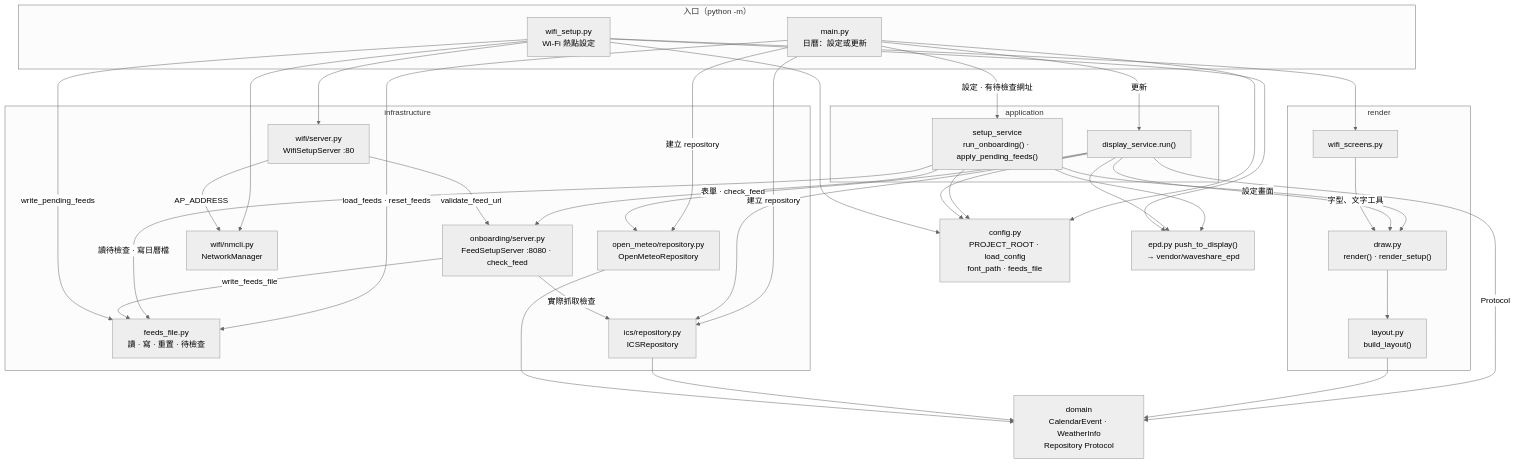
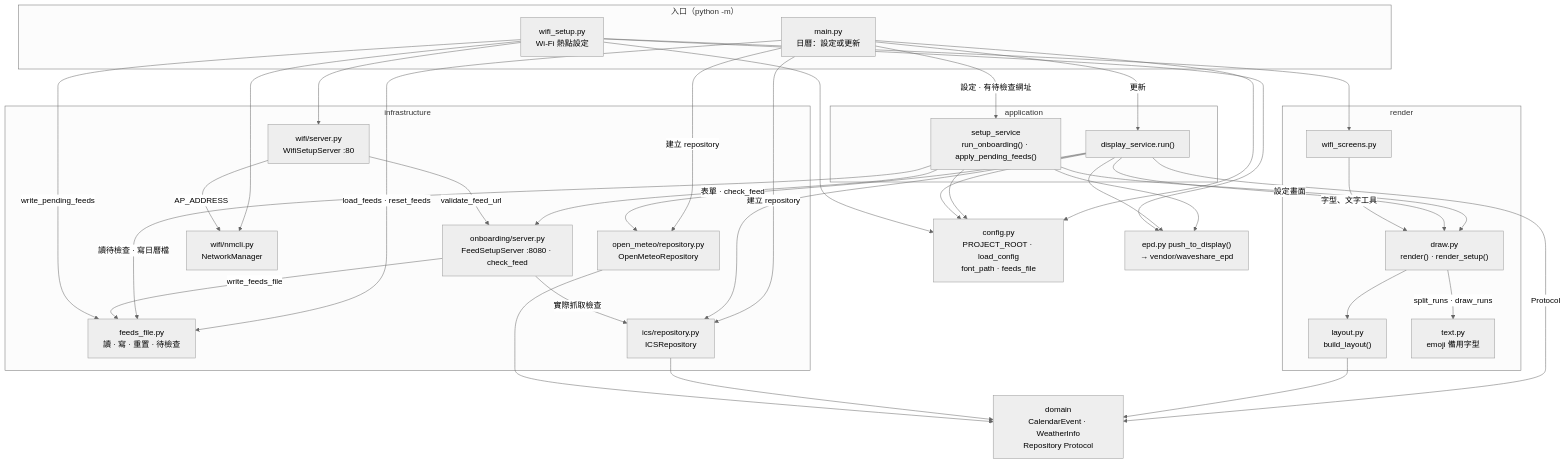
Before and after one commit to ShengKai234/google-calendar-api: the first of 6 diagrams in docs/ARCHITECTURE.zh-TW.md, drawn with Mermaid (neutral theme). The commit also changed 8 other files, not shown here.

First line of the commit message:
fix(render): draw emoji with Noto Emoji instead of tofu boxes

````diff
--- a/docs/ARCHITECTURE.zh-TW.md
+++ b/docs/ARCHITECTURE.zh-TW.md
@@ -13,60 +13,62 @@
 ```mermaid
 flowchart TB
   subgraph ENTRY["入口（python -m）"]
     MAIN["main.py<br/>日曆：設定或更新"]
     WIFI["wifi_setup.py<br/>Wi-Fi 熱點設定"]
   end
   CFG["config.py<br/>PROJECT_ROOT · load_config<br/>font_path · feeds_file"]
   subgraph APP["application"]
     DS["display_service.run()"]
     SS["setup_service<br/>run_onboarding() · apply_pending_feeds()"]
   end
   subgraph INFRA["infrastructure"]
     FF["feeds_file.py<br/>讀 · 寫 · 重置 · 待檢查"]
     ICS["ics/repository.py<br/>ICSRepository"]
     OM["open_meteo/repository.py<br/>OpenMeteoRepository"]
     ONB["onboarding/server.py<br/>FeedSetupServer :8080 · check_feed"]
     NM["wifi/nmcli.py<br/>NetworkManager"]
     WS["wifi/server.py<br/>WifiSetupServer :80"]
   end
   subgraph RENDER["render"]
     DRAW["draw.py<br/>render() · render_setup()"]
     LAYOUT["layout.py<br/>build_layout()"]
     WSCR["wifi_screens.py"]
+    TEXT["text.py<br/>emoji 備用字型"]
   end
   DOM["domain<br/>CalendarEvent · WeatherInfo<br/>Repository Protocol"]
   EPD["epd.py push_to_display()<br/>→ vendor/waveshare_epd"]
 
   MAIN --> CFG
   MAIN -->|"load_feeds · reset_feeds"| FF
   MAIN -->|"建立 repository"| ICS
   MAIN -->|"建立 repository"| OM
   MAIN -->|"設定 · 有待檢查網址"| SS
   MAIN -->|"更新"| DS
   SS --> CFG
   SS -->|"表單 · check_feed"| ONB
   SS -->|"讀待檢查 · 寫日曆檔"| FF
   SS -->|"設定畫面"| DRAW
   SS --> EPD
   DS --> CFG
   DS -->|"Protocol"| DOM
   DS --> ICS
   DS --> OM
   DS --> DRAW
   DS --> EPD
   ONB -->|"write_feeds_file"| FF
   ONB -->|"實際抓取檢查"| ICS
   WIFI --> CFG
   WIFI --> NM
   WIFI --> WS
   WIFI --> WSCR
   WIFI --> EPD
   WIFI -->|"write_pending_feeds"| FF
   WS -->|"AP_ADDRESS"| NM
   WS -->|"validate_feed_url"| ONB
   WSCR -->|"字型、文字工具"| DRAW
   DRAW --> LAYOUT
+  DRAW -->|"split_runs · draw_runs"| TEXT
   LAYOUT --> DOM
   ICS --> DOM
   OM --> DOM
 ```
````
